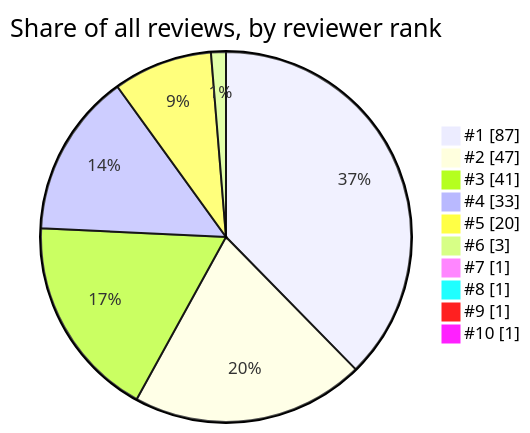
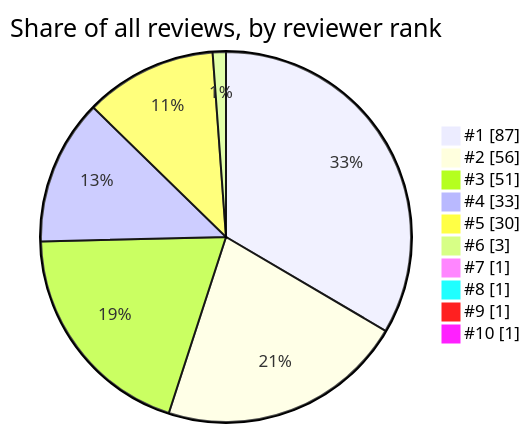
One commit to xymon-monitoring/xymon-wiki changed the fourth of 5 diagrams in docs/about/project-activity.md. Above: the diagram before and after it, drawn with Mermaid. The commit also changed other lines of this file, not shown here.

````diff
--- a/docs/about/project-activity.md
+++ b/docs/about/project-activity.md
@@ -123,13 +124,13 @@
 ```mermaid
 pie showData title Share of all reviews, by reviewer rank
     "#1" : 87
-    "#2" : 47
-    "#3" : 41
+    "#2" : 56
+    "#3" : 51
     "#4" : 33
-    "#5" : 20
+    "#5" : 30
     "#6" : 3
     "#7" : 1
     "#8" : 1
     "#9" : 1
     "#10" : 1
 ```
````
